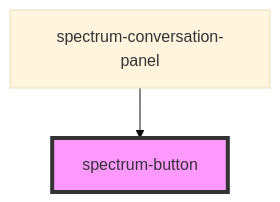
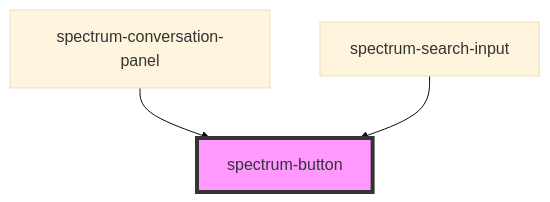
Before and after one commit to emamirelar/spectrum: the diagram in packages/core/src/components/spectrum-button/readme.md, drawn with Mermaid (base theme). The commit also changed other lines of this file and 11 other files, not shown here.

Commit message:
Added search input.

````diff
--- a/packages/core/src/components/spectrum-button/readme.md
+++ b/packages/core/src/components/spectrum-button/readme.md
@@ -32,5 +33,6 @@
 ```mermaid
 graph TD;
   spectrum-conversation-panel --> spectrum-button
+  spectrum-search-input --> spectrum-button
   style spectrum-button fill:#f9f,stroke:#333,stroke-width:4px
 ```
````
